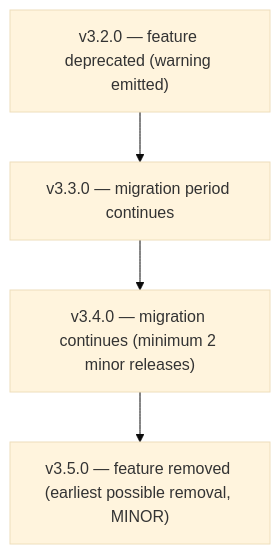
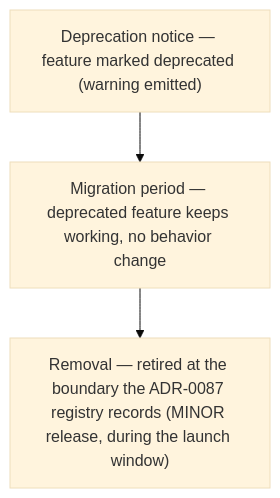
Before and after one commit to objectstack-ai/objectstack: the diagram in content/docs/protocol/backward-compatibility.mdx, drawn with Mermaid (base theme). The commit also changed other lines of this file, not shown here.

````diff
--- a/content/docs/protocol/backward-compatibility.mdx
+++ b/content/docs/protocol/backward-compatibility.mdx
@@ -76,6 +76,5 @@
 ```mermaid
 flowchart TD
-    A["v3.2.0 — feature deprecated (warning emitted)"] --> B["v3.3.0 — migration period continues"]
-    B --> C["v3.4.0 — migration continues (minimum 2 minor releases)"]
-    C --> D["v3.5.0 — feature removed (earliest possible removal, MINOR)"]
+    A["Deprecation notice — feature marked deprecated (warning emitted)"] --> B["Migration period — deprecated feature keeps working, no behavior change"]
+    B --> C["Removal — retired at the boundary the ADR-0087 registry records (MINOR release, during the launch window)"]
 ```
````
